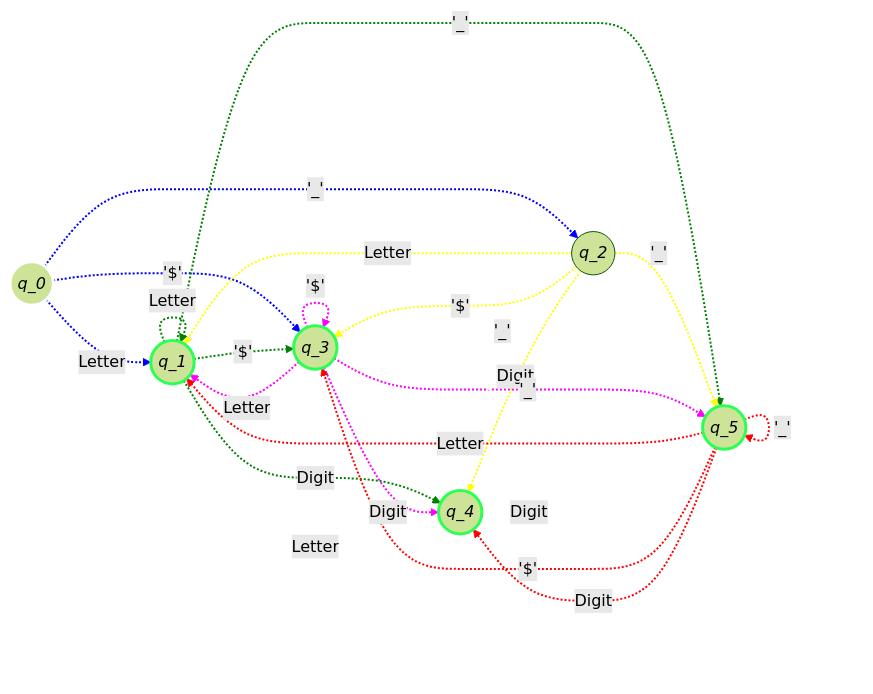
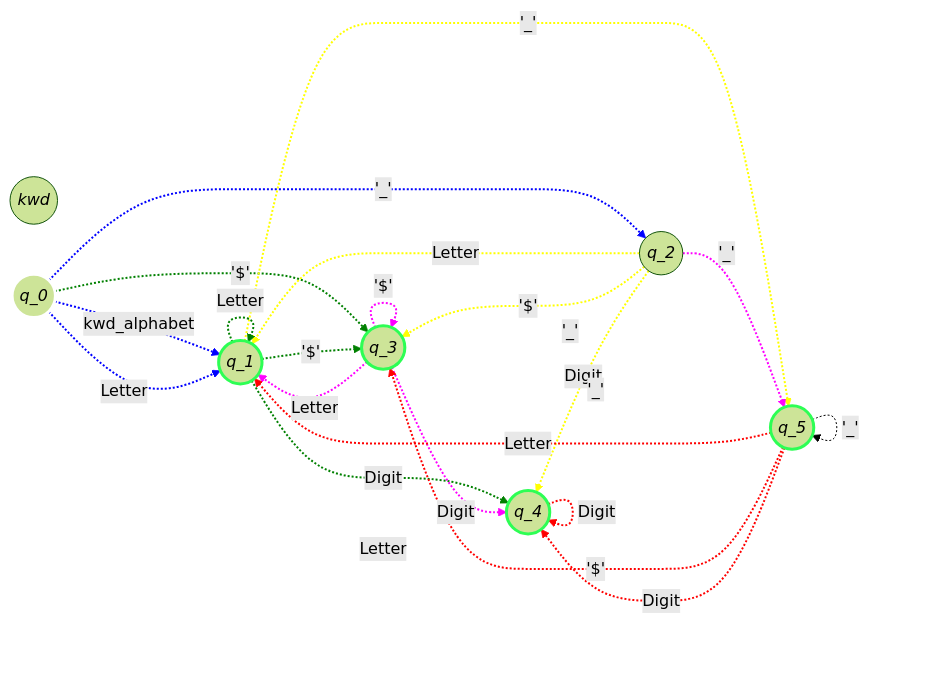
Before and after one commit to felix-rojas/dfa_java: the fifth of 5 diagrams in README.md, drawn with Mermaid (forest theme). The commit also changed other lines of this file and 1 other file, not shown here.

````diff
--- a/README.md
+++ b/README.md
@@ -188,47 +193,49 @@
 ```mermaid
 %%{init: {"flowchart": {"curve": "cardinal"}, {"htmlLabels": false}}}%%
 
 graph LR
+    K(("`*kwd*`"))
     Q0(("`*q_0*`"))
     Q1(("`*q_1*`"))
     Q2(("`*q_2*`"))
     Q3(("`*q_3*`"))
     Q4(("`*q_4*`"))
     Q5(("`*q_5*`"))
     
+    Q0 -. kwd_alphabet .-> Q1
     Q0 -. Letter .-> Q1
     Q0 -.'_'.-> Q2
     Q0 -.'$'.-> Q3
     Q1 -.Letter.-> Q1
     Q1 -.'$'.-> Q3
     Q1 -.Digit.-> Q4
     Q1 -.'_'.-> Q5
     Q2 -.Letter.-> Q1
     Q2 -.'$'.-> Q3
     Q2 -.Digit.-> Q4
     Q2 -.'_'.-> Q5
     Q3 -.Letter.-> Q1
     Q3 -.'$'.-> Q3
     Q3 -.Digit.-> Q4
     Q3 -.'_'.-> Q5
     Q4 -.Letter.-> Q1
     Q4 -.'_'.-> Q2
     Q4 -.Digit.-> Q4
     Q5 -.Letter.-> Q1
     Q5 -.'$'.-> Q3
     Q5 -.Digit.-> Q4
     Q5 -.'_'.-> Q5
     
     style Q0 fill:#f9fff,stroke:#ffff,stroke-width:3px
     style Q1 fill:#f9fff,stroke:#2DFE54,stroke-width:3px
     style Q3 fill:#f9fff,stroke:#2DFE54,stroke-width:3px
     style Q4 fill:#f9fff,stroke:#2DFE54,stroke-width:3px
     style Q5 fill:#f9fff,stroke:#2DFE54,stroke-width:3px
     
     linkStyle 0,1,2 stroke:blue,stroke-width:2px;
     linkStyle 3,4,5,6 stroke:green,stroke-width:2px;
     linkStyle 7,8,9,10 stroke:yellow,stroke-width:2px;
     linkStyle 11,12,13,14 stroke:magenta,stroke-width:2px;
     linkStyle 15,16,17 stroke:white,stroke-width:2px;
     linkStyle 18,19,20,21 stroke:red,stroke-width:2px;
 ```
````
